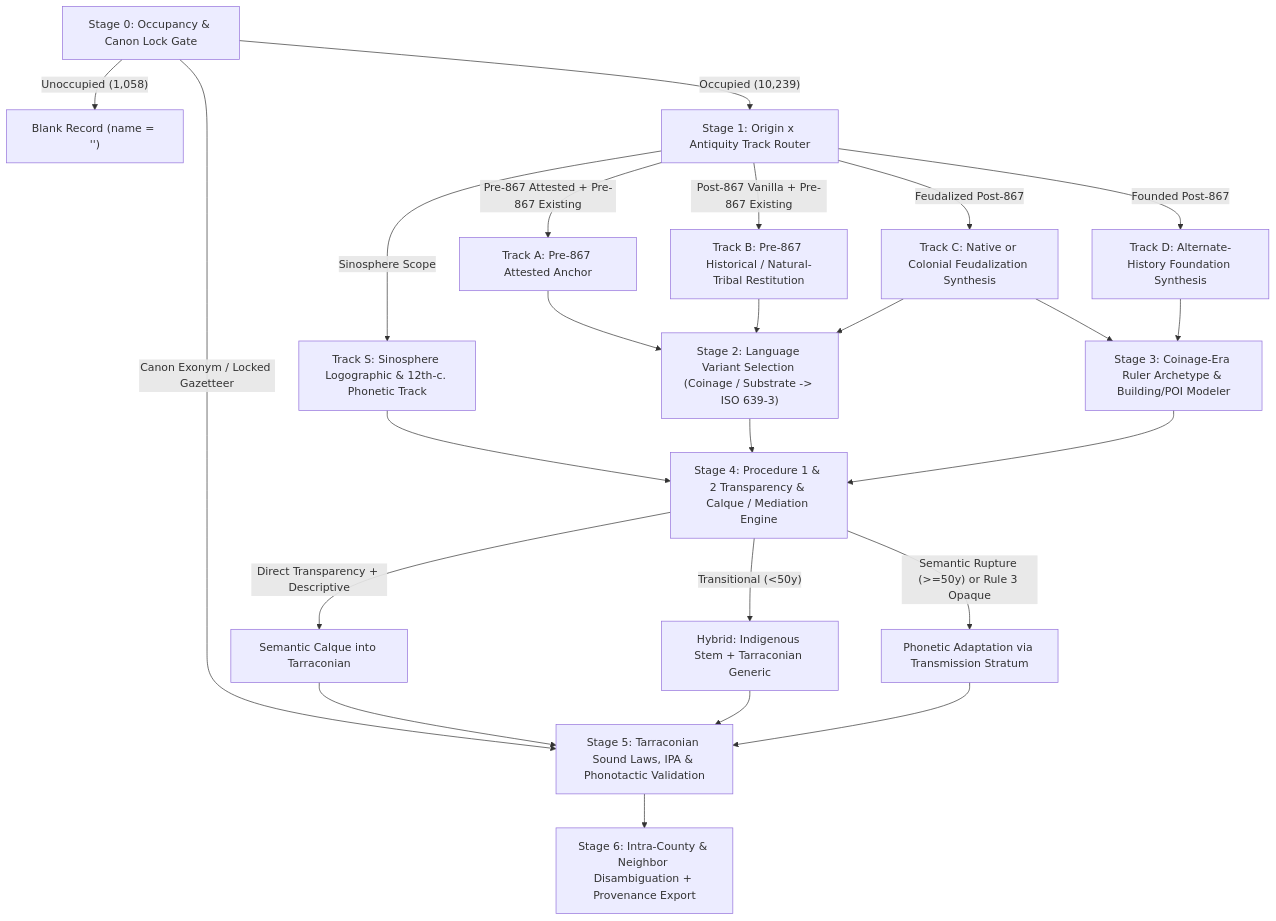
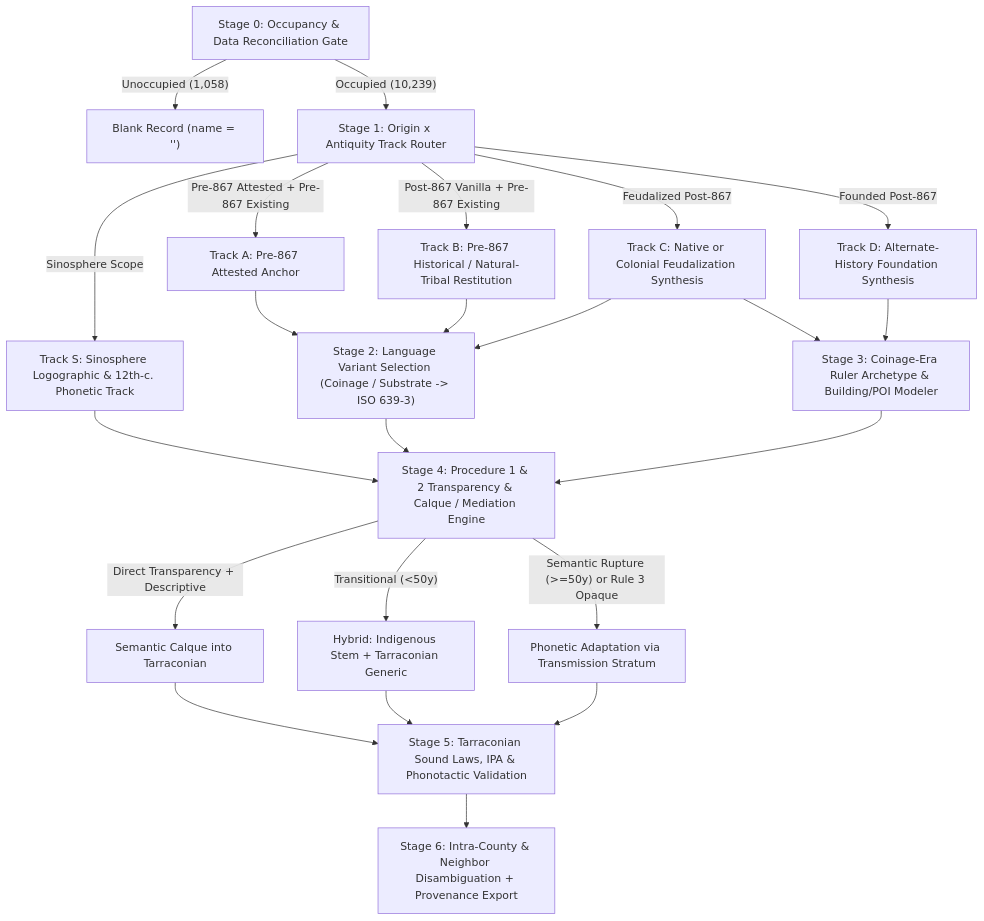
The diagram in barony_tarraconian_naming_pipeline.md (skachano/tarraconian_hre), drawn with Mermaid before and after one commit. The commit also changed other lines of this file, not shown here.

````diff
--- a/barony_tarraconian_naming_pipeline.md
+++ b/barony_tarraconian_naming_pipeline.md
@@ -45,33 +45,32 @@
 ```mermaid
 flowchart TD
-    S0["Stage 0: Occupancy & Canon Lock Gate"]
+    S0["Stage 0: Occupancy & Data Reconciliation Gate"]
     S0 -->|"Unoccupied (1,058)"| BLANK["Blank Record (name = '')"]
-    S0 -->|"Canon Exonym / Locked Gazetteer"| S5
     S0 -->|"Occupied (10,239)"| S1["Stage 1: Origin x Antiquity Track Router"]
 
     S1 -->|"Sinosphere Scope"| TS["Track S: Sinosphere Logographic & 12th-c. Phonetic Track"]
     S1 -->|"Pre-867 Attested + Pre-867 Existing"| TA["Track A: Pre-867 Attested Anchor"]
     S1 -->|"Post-867 Vanilla + Pre-867 Existing"| TB["Track B: Pre-867 Historical / Natural-Tribal Restitution"]
     S1 -->|"Feudalized Post-867"| TC["Track C: Native or Colonial Feudalization Synthesis"]
     S1 -->|"Founded Post-867"| TD["Track D: Alternate-History Foundation Synthesis"]
 
     TA --> S2["Stage 2: Language Variant Selection (Coinage / Substrate -> ISO 639-3)"]
     TB --> S2
     TC --> S2
     TD --> S3["Stage 3: Coinage-Era Ruler Archetype & Building/POI Modeler"]
     TC --> S3
     TS --> S4
 
     S2 --> S4["Stage 4: Procedure 1 & 2 Transparency & Calque / Mediation Engine"]
     S3 --> S4
 
     S4 -->|"Direct Transparency + Descriptive"| CALQ["Semantic Calque into Tarraconian"]
     S4 -->|"Transitional (<50y)"| HYB["Hybrid: Indigenous Stem + Tarraconian Generic"]
     S4 -->|"Semantic Rupture (>=50y) or Rule 3 Opaque"| PHON["Phonetic Adaptation via Transmission Stratum"]
 
     CALQ --> S5["Stage 5: Tarraconian Sound Laws, IPA & Phonotactic Validation"]
     HYB --> S5
     PHON --> S5
 
     S5 --> S6["Stage 6: Intra-County & Neighbor Disambiguation + Provenance Export"]
 ```
````
